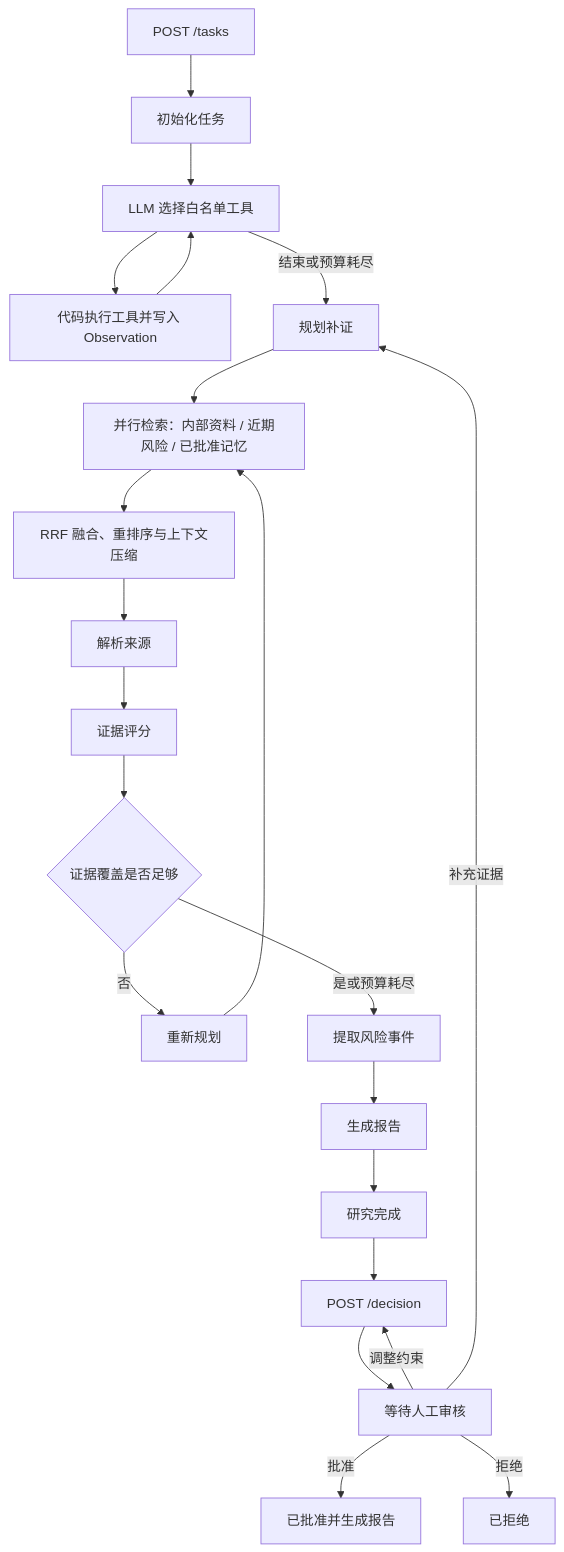
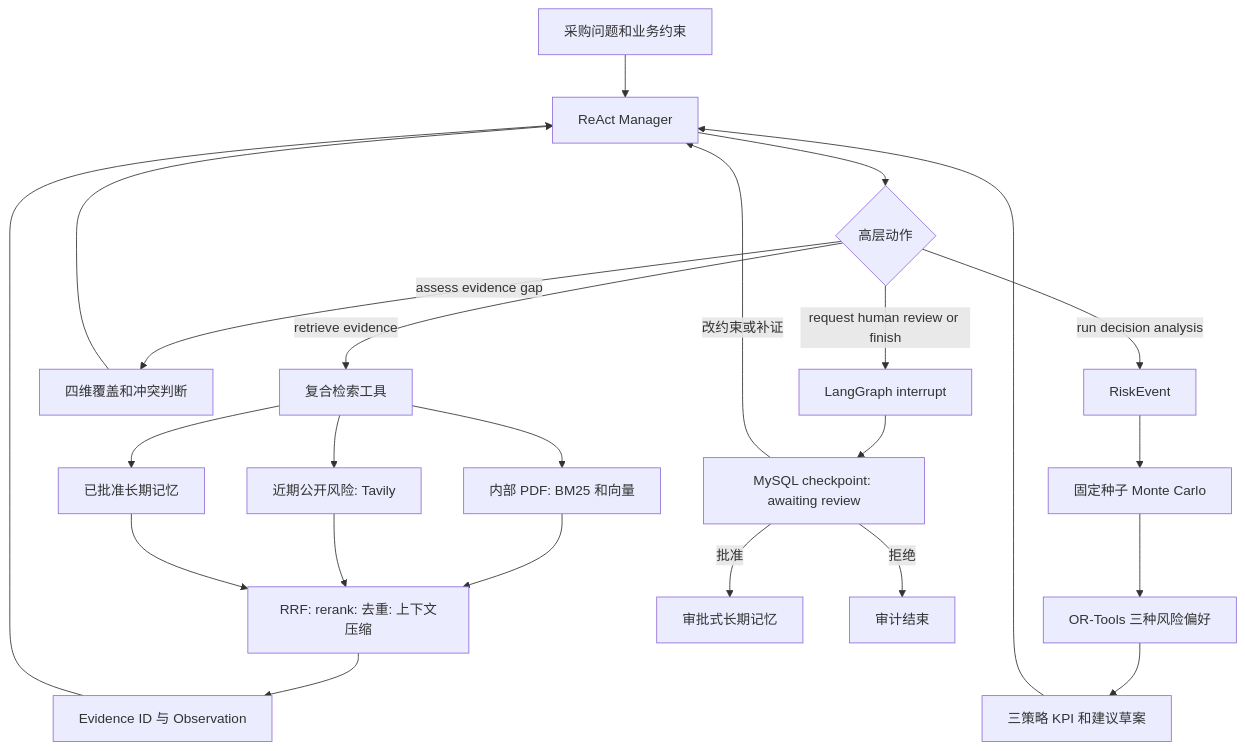
The diagram in docs/architecture.md (zjm1111/storeflow-agent), drawn with Mermaid before and after one commit. The commit also changed other lines of this file and 18 other files, not shown here.

````diff
--- a/docs/architecture.md
+++ b/docs/architecture.md
@@ -3,24 +5,26 @@
 ```mermaid
 flowchart TD
-  A["POST /tasks"] --> B["初始化任务"]
-  B --> X["LLM 选择白名单工具"]
-  X --> Y["代码执行工具并写入 Observation"]
-  Y --> X
-  X -->|"结束或预算耗尽"| C["规划补证"]
-  C --> D["并行检索：内部资料 / 近期风险 / 已批准记忆"]
-  D --> E["RRF 融合、重排序与上下文压缩"]
-  E --> F["解析来源"]
-  F --> G["证据评分"]
-  G --> H{"证据覆盖是否足够"}
-  H -->|"否"| I["重新规划"]
-  I --> D
-  H -->|"是或预算耗尽"| J["提取风险事件"]
-  J --> K["生成报告"]
-  K --> L["研究完成"]
-  L --> M["POST /decision"]
-  M --> N["等待人工审核"]
-  N -->|"批准"| O["已批准并生成报告"]
-  N -->|"调整约束"| M
-  N -->|"补充证据"| C
-  N -->|"拒绝"| P["已拒绝"]
+  A[采购问题和业务约束] --> B[ReAct Manager]
+  B --> C{高层动作}
+  C -->|retrieve evidence| D[复合检索工具]
+  D --> D1[内部 PDF: BM25 和向量]
+  D --> D2[近期公开风险: Tavily]
+  D --> D3[已批准长期记忆]
+  D1 --> E[RRF: rerank: 去重: 上下文压缩]
+  D2 --> E
+  D3 --> E
+  E --> F[Evidence ID 与 Observation]
+  F --> B
+  C -->|assess evidence gap| G[四维覆盖和冲突判断]
+  G --> B
+  C -->|run decision analysis| H[RiskEvent]
+  H --> I[固定种子 Monte Carlo]
+  I --> J[OR-Tools 三种风险偏好]
+  J --> K[三策略 KPI 和建议草案]
+  K --> B
+  C -->|request human review or finish| L[LangGraph interrupt]
+  L --> M[MySQL checkpoint: awaiting review]
+  M -->|批准| N[审批式长期记忆]
+  M -->|改约束或补证| B
+  M -->|拒绝| O[审计结束]
 ```
````
